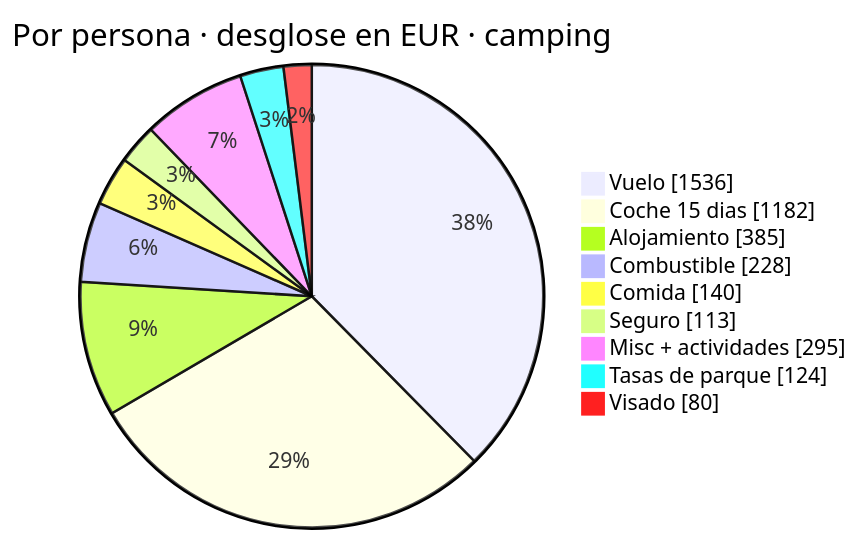
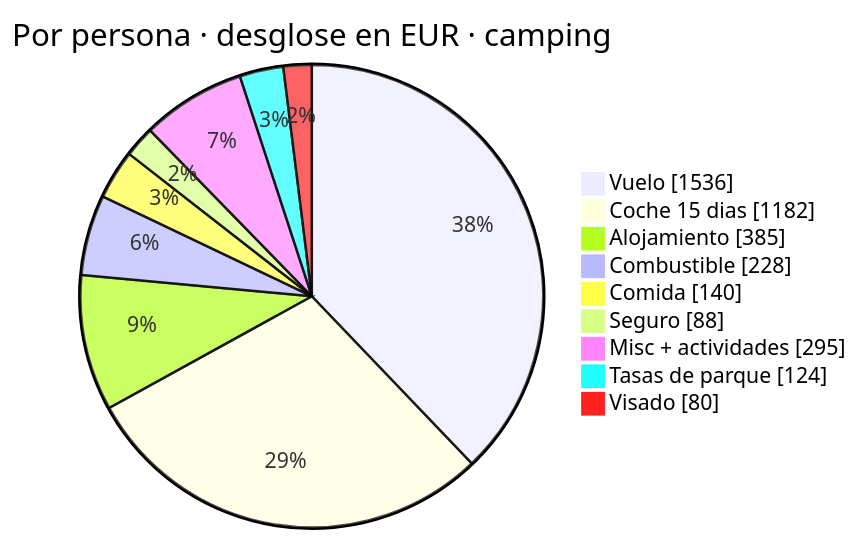
Before and after one commit to morandeirachema/namibia: the third of 6 diagrams in README.md, drawn with Mermaid. The commit also changed other lines of this file and 22 other files, not shown here.

````diff
--- a/README.md
+++ b/README.md
@@ -461,13 +465,13 @@
 ```mermaid
 pie showData
     title Por persona · desglose en EUR · camping
     "Vuelo" : 1536
     "Coche 15 dias" : 1182
     "Alojamiento" : 385
     "Combustible" : 228
     "Comida" : 140
-    "Seguro" : 113
+    "Seguro" : 88
     "Misc + actividades" : 295
     "Tasas de parque" : 124
     "Visado" : 80
 ```
````
